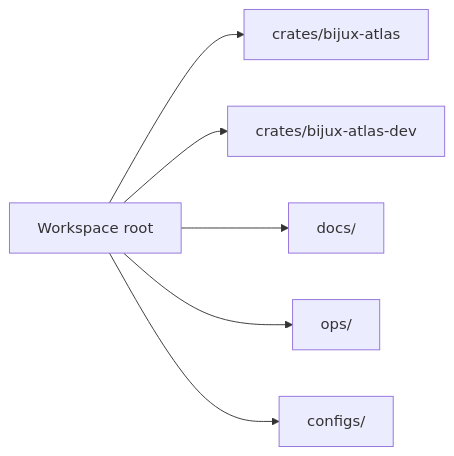
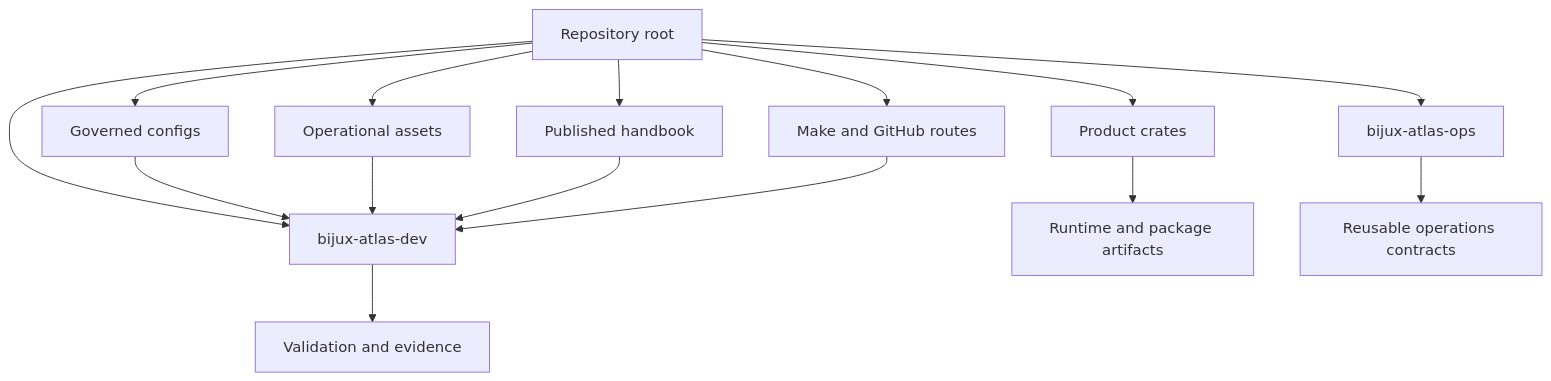
Before and after one commit to bijux/bijux-atlas: the first of 2 diagrams in docs/bijux-atlas-dev/workspace/workspace-and-tooling.md, drawn with Mermaid. The commit also changed other lines of this file and 4 other files, not shown here.

````diff
--- a/docs/bijux-atlas-dev/workspace/workspace-and-tooling.md
+++ b/docs/bijux-atlas-dev/workspace/workspace-and-tooling.md
@@ -16,8 +19,17 @@
 ```mermaid
-flowchart LR
-    Workspace[Workspace root] --> Atlas[crates/bijux-atlas]
-    Workspace --> DevAtlas[crates/bijux-atlas-dev]
-    Workspace --> Docs[docs/]
-    Workspace --> Ops[ops/]
-    Workspace --> Configs[configs/]
+flowchart TB
+    Workspace[Repository root] --> Product[Product crates]
+    Workspace --> OpsCrate[bijux-atlas-ops]
+    Workspace --> Dev[bijux-atlas-dev]
+    Workspace --> Configs[Governed configs]
+    Workspace --> Ops[Operational assets]
+    Workspace --> Docs[Published handbook]
+    Workspace --> Delivery[Make and GitHub routes]
+    Product --> Release[Runtime and package artifacts]
+    OpsCrate --> Contracts[Reusable operations contracts]
+    Dev --> Evidence[Validation and evidence]
+    Configs --> Dev
+    Ops --> Dev
+    Docs --> Dev
+    Delivery --> Dev
 ```
````
